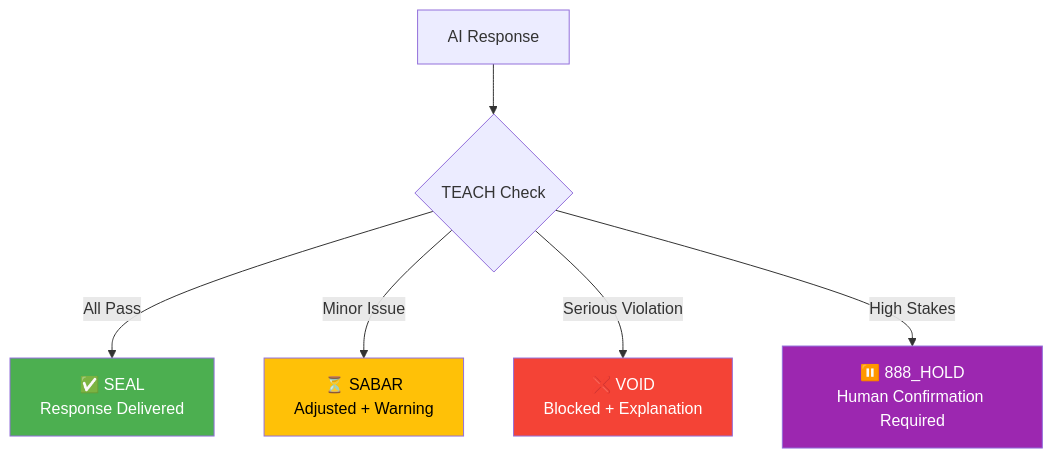
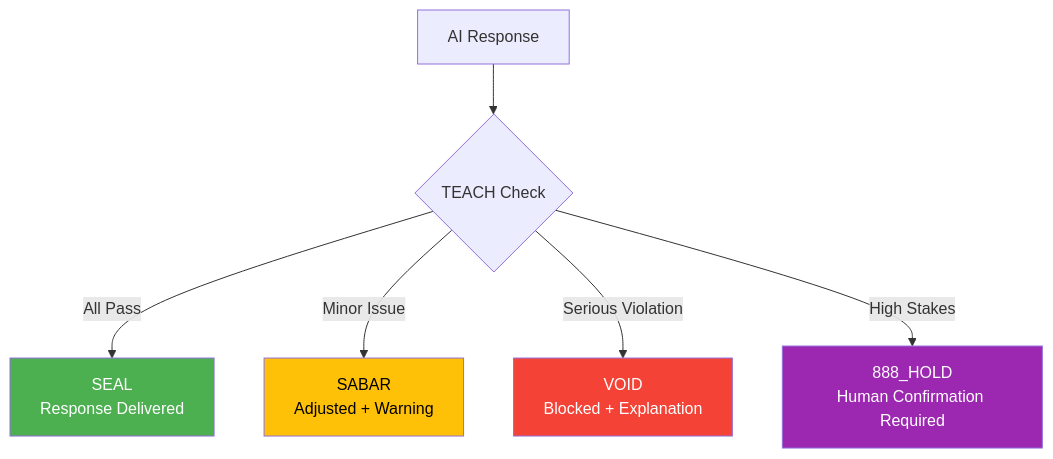
The third of 6 diagrams in README.md (ariffazil/arifos), drawn with Mermaid before and after one commit. The commit also changed other lines of this file, not shown here.

First line of the commit message:
docs: comprehensive README rewrite with all important links (1750+ lines)

````diff
--- a/README.md
+++ b/README.md
@@ -98,13 +277,13 @@
 ```mermaid
 flowchart TD
     Q[AI Response] --> CHECK{TEACH Check}
-    CHECK -->|All Pass| SEAL[✅ SEAL<br/>Response Delivered]
-    CHECK -->|Minor Issue| SABAR[⏳ SABAR<br/>Adjusted + Warning]
-    CHECK -->|Serious Violation| VOID[❌ VOID<br/>Blocked + Explanation]
-    CHECK -->|High Stakes| HOLD[⏸️ 888_HOLD<br/>Human Confirmation Required]
+    CHECK -->|All Pass| SEAL[SEAL<br/>Response Delivered]
+    CHECK -->|Minor Issue| SABAR[SABAR<br/>Adjusted + Warning]
+    CHECK -->|Serious Violation| VOID[VOID<br/>Blocked + Explanation]
+    CHECK -->|High Stakes| HOLD[888_HOLD<br/>Human Confirmation Required]
 
     style SEAL fill:#4CAF50,color:white
     style SABAR fill:#FFC107,color:black
     style VOID fill:#F44336,color:white
     style HOLD fill:#9C27B0,color:white
 ```
````
